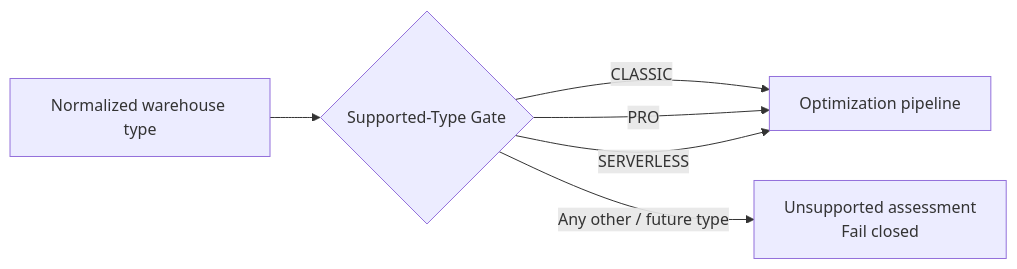
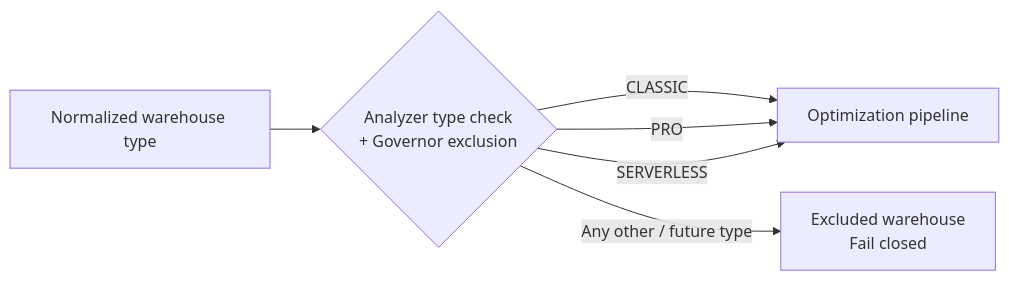
One commit to thiaga-gk/expert-funicular changed the first of 14 diagrams in docs/architecture/hld.md. Above: the diagram before and after it, drawn with Mermaid. The commit also changed other lines of this file and 11 other files, not shown here.

First line of the commit message:
Reorg Phase 10 step E: docs describe the capability architecture

````diff
--- a/docs/architecture/hld.md
+++ b/docs/architecture/hld.md
@@ -61,8 +61,8 @@
 ```mermaid
 flowchart LR
-    T[Normalized warehouse type] --> G{Supported-Type Gate}
+    T[Normalized warehouse type] --> G{Analyzer type check<br/>+ Governor exclusion}
     G -->|CLASSIC| P[Optimization pipeline]
     G -->|PRO| P
     G -->|SERVERLESS| P
-    G -->|Any other / future type| U[Unsupported assessment<br/>Fail closed]
+    G -->|Any other / future type| U[Excluded warehouse<br/>Fail closed]
 ```
````
